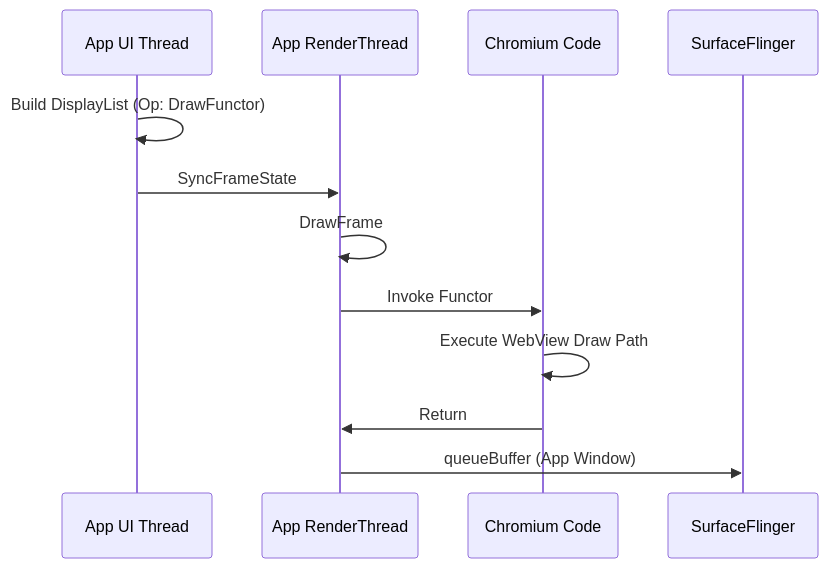
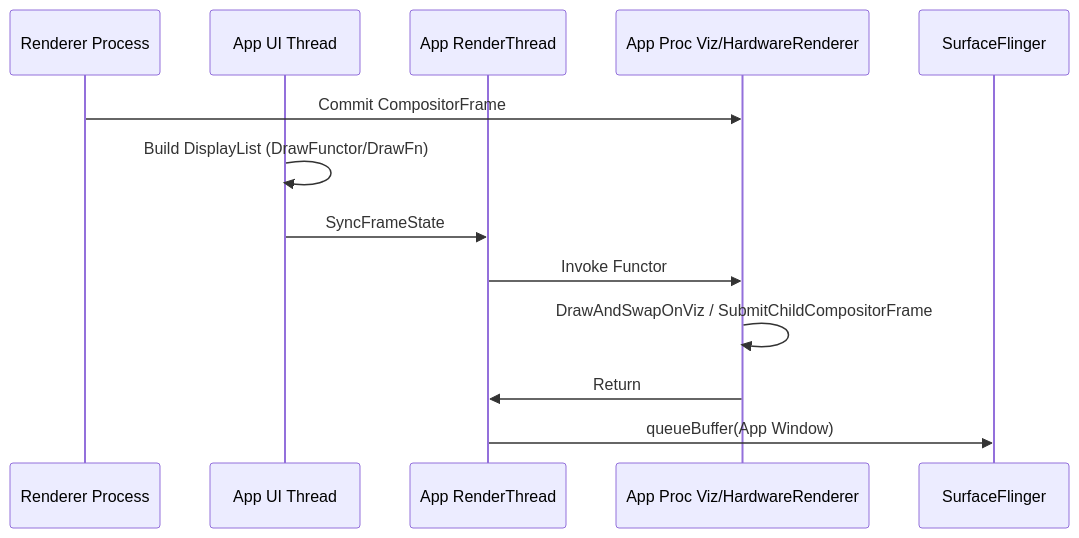
One commit to Gracker/android-internals-wiki changed the second of 2 diagrams in src/part2-performance/ch18-rendering-pipelines/13-webview-rendering.md. Above: the diagram before and after it, drawn with Mermaid. The commit also changed other lines of this file and 3 other files, not shown here.

````diff
--- a/src/part2-performance/ch18-rendering-pipelines/13-webview-rendering.md
+++ b/src/part2-performance/ch18-rendering-pipelines/13-webview-rendering.md
@@ -90,16 +93,16 @@
 ```mermaid
 sequenceDiagram
+    participant R as Renderer Process
     participant UI as App UI Thread
     participant RT as App RenderThread
-    participant WP as Chromium Code
+    participant V as App Proc Viz/HardwareRenderer
     participant SF as SurfaceFlinger
 
-    UI->>UI: Build DisplayList (Op: DrawFunctor)
+    R->>V: Commit CompositorFrame
+    UI->>UI: Build DisplayList (DrawFunctor/DrawFn)
     UI->>RT: SyncFrameState
-
-    RT->>RT: DrawFrame
-    RT->>WP: Invoke Functor
-    WP->>WP: Execute WebView Draw Path
-    WP->>RT: Return
-    RT->>SF: queueBuffer (App Window)
+    RT->>V: Invoke Functor
+    V->>V: DrawAndSwapOnViz / SubmitChildCompositorFrame
+    V->>RT: Return
+    RT->>SF: queueBuffer(App Window)
 ```
````
